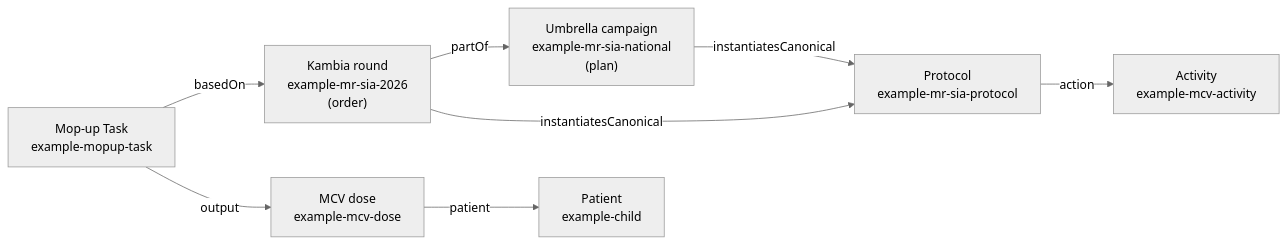
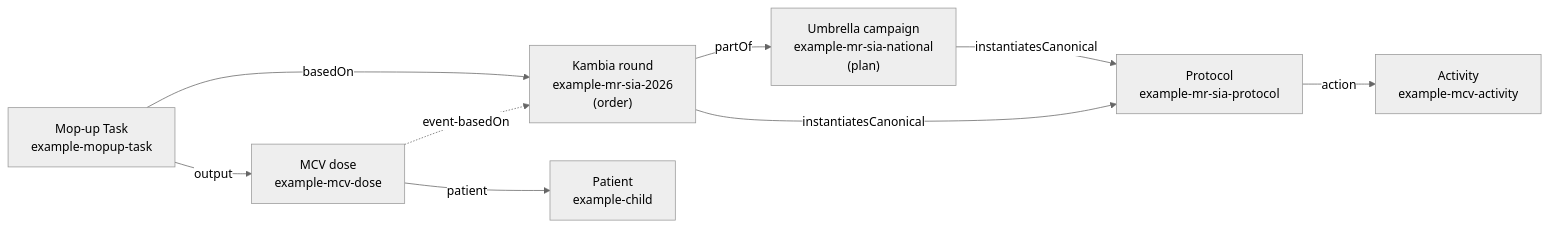
Before and after one commit to recodelabs/icr: the fourth of 4 diagrams in project/ig-summary-v2.md, drawn with Mermaid (neutral theme). The commit also changed other lines of this file and 6 other files, not shown here.

First line of the commit message:
Delivery events carry their own campaign link (standard event-basedOn); finish the school-cohort sweep

````diff
--- a/project/ig-summary-v2.md
+++ b/project/ig-summary-v2.md
@@ -2192,17 +2205,18 @@
 ```mermaid
 graph LR
     P["Protocol<br/>example-mr-sia-protocol"]
     A["Activity<br/>example-mcv-activity"]
     U["Umbrella campaign<br/>example-mr-sia-national<br/>(plan)"]
     R["Kambia round<br/>example-mr-sia-2026<br/>(order)"]
     T["Mop-up Task<br/>example-mopup-task"]
     D["MCV dose<br/>example-mcv-dose"]
     C["Patient<br/>example-child"]
     P -- action --> A
     U -- instantiatesCanonical --> P
     R -- partOf --> U
     R -- instantiatesCanonical --> P
     T -- basedOn --> R
     T -- output --> D
+    D -. "event-basedOn" .-> R
     D -- patient --> C
 ```
````
